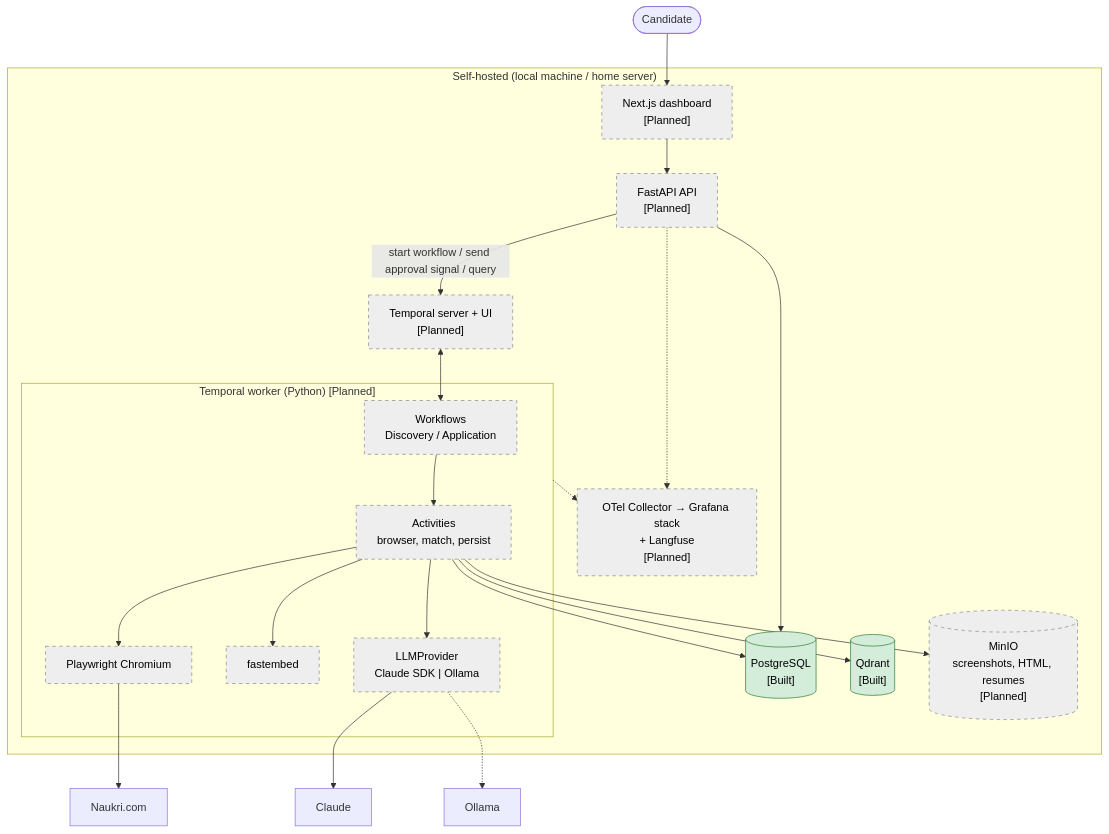
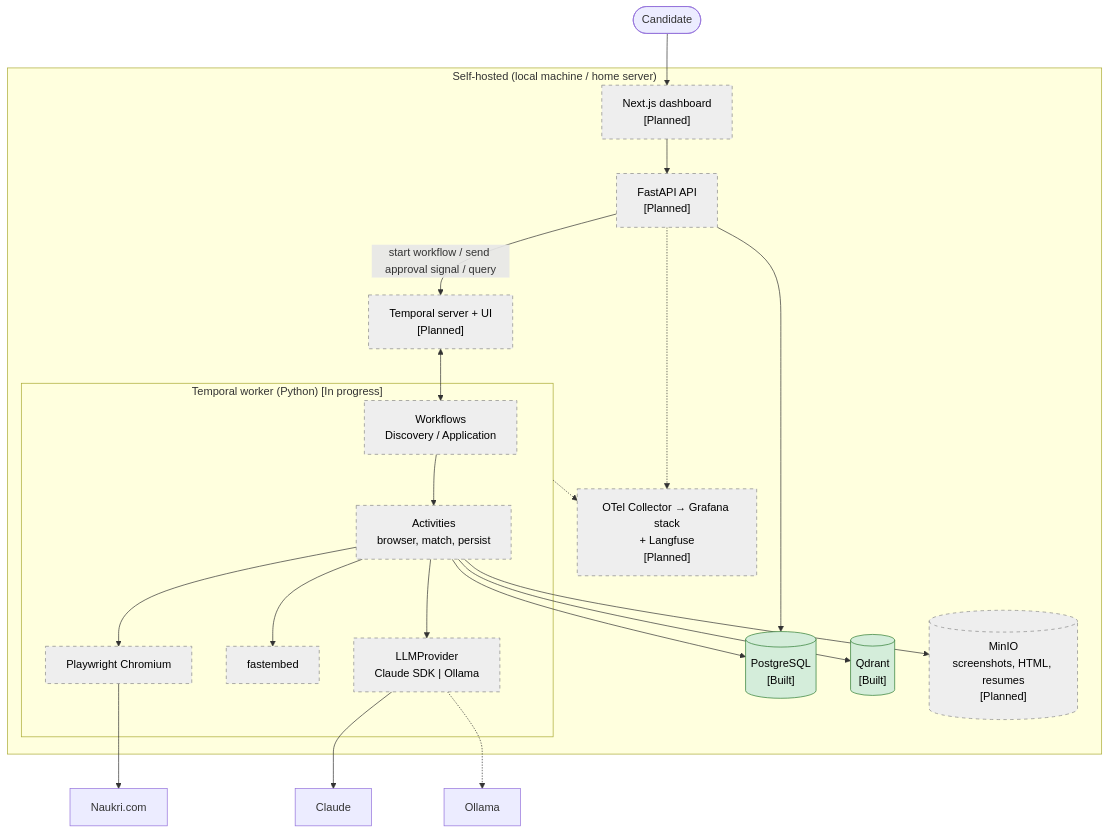
The third of 4 diagrams in docs/02-architecture.md (dhiraj849/Job_assistent), drawn with Mermaid before and after one commit. The commit also changed other lines of this file and 10 other files, not shown here.

````diff
--- a/docs/02-architecture.md
+++ b/docs/02-architecture.md
@@ -70,44 +70,44 @@
 ```mermaid
 flowchart TB
     user(["Candidate"])
     subgraph host["Self-hosted (local machine / home server)"]
         dash["Next.js dashboard<br/>[Planned]"]
         api["FastAPI API<br/>[Planned]"]
         tsrv["Temporal server + UI<br/>[Planned]"]
-        subgraph worker["Temporal worker (Python) [Planned]"]
+        subgraph worker["Temporal worker (Python) [In progress]"]
             wf["Workflows<br/>Discovery / Application"]
             acts["Activities<br/>browser, match, persist"]
             pw["Playwright Chromium"]
             emb["fastembed"]
             llm["LLMProvider<br/>Claude SDK | Ollama"]
         end
         pg[("PostgreSQL<br/>[Built]")]
         qd[("Qdrant<br/>[Built]")]
         minio[("MinIO<br/>screenshots, HTML, resumes<br/>[Planned]")]
         obs["OTel Collector → Grafana stack<br/>+ Langfuse<br/>[Planned]"]
     end
     naukri["Naukri.com"]
     claude["Claude"]
     ollama["Ollama"]
 
     user --> dash --> api
     api -- "start workflow / send approval signal / query" --> tsrv
     tsrv <--> wf
     wf --> acts
     acts --> pw --> naukri
     acts --> emb
     acts --> llm
     llm --> claude
     llm -.-> ollama
     acts --> pg
     acts --> qd
     acts --> minio
     api --> pg
     worker -.-> obs
     api -.-> obs
 
     classDef built fill:#d4edda,stroke:#2e7d32,color:#000
     classDef planned fill:#eeeeee,stroke:#888,stroke-dasharray:5 5,color:#000
     class pg,qd built
     class dash,api,tsrv,wf,acts,pw,emb,llm,minio,obs planned
 ```
````
